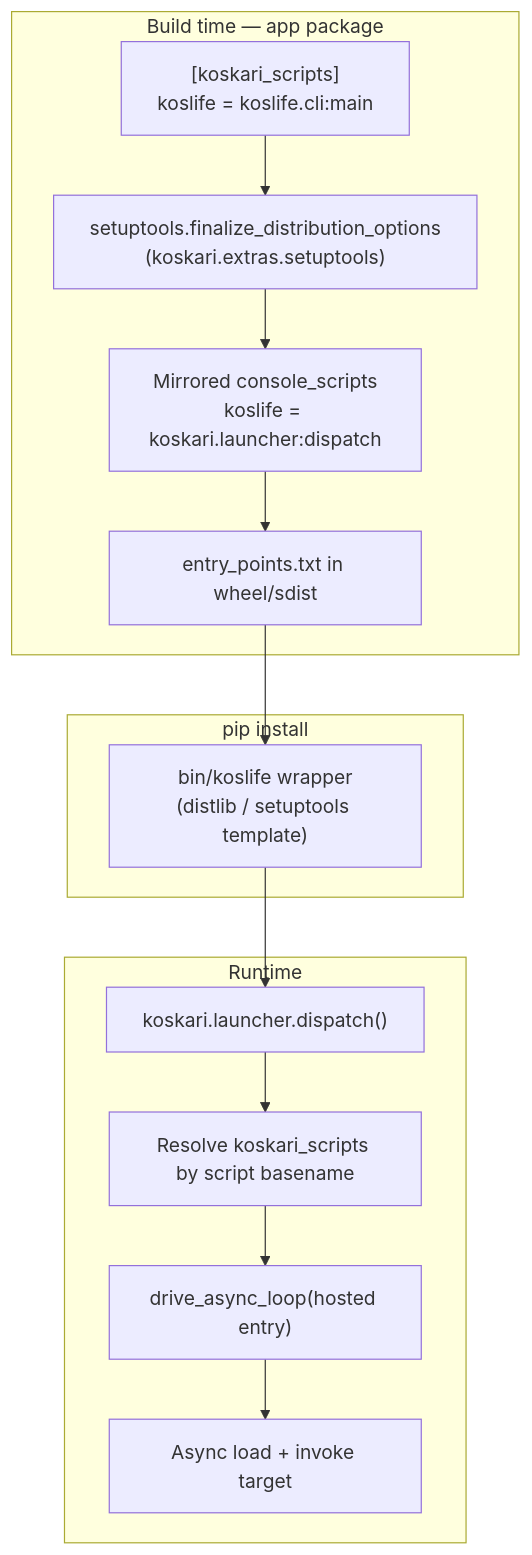
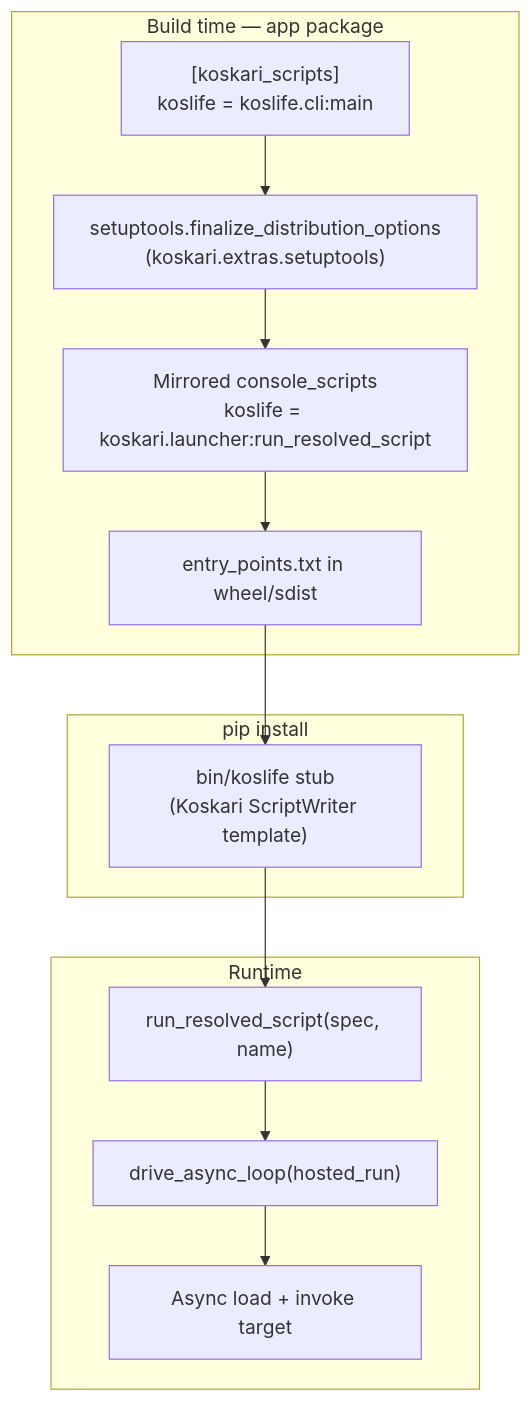
One commit to koskari-lang/koskari changed the diagram in design/api/koskari-scripts-packaging.md. Above: the diagram before and after it, drawn with Mermaid. The commit also changed other lines of this file and 15 other files, not shown here.

First line of the commit message:
Use dist-scoped stubs for koskari_scripts launcher

````diff
--- a/design/api/koskari-scripts-packaging.md
+++ b/design/api/koskari-scripts-packaging.md
@@ -110,21 +111,20 @@
 ```mermaid
 flowchart TB
     subgraph build [Build time — app package]
         A["[koskari_scripts]\nkoslife = koslife.cli:main"]
         B["setuptools.finalize_distribution_options\n(koskari.extras.setuptools)"]
-        C["Mirrored console_scripts\nkoslife = koskari.launcher:dispatch"]
+        C["Mirrored console_scripts\nkoslife = koskari.launcher:run_resolved_script"]
         D["entry_points.txt in wheel/sdist"]
         A --> B --> C --> D
     end
 
     subgraph install [pip install]
-        D --> E["bin/koslife wrapper\n(distlib / setuptools template)"]
+        D --> E["bin/koslife stub\n(Koskari ScriptWriter template)"]
     end
 
     subgraph runtime [Runtime]
-        E --> F["koskari.launcher.dispatch()"]
-        F --> G["Resolve koskari_scripts by script basename"]
-        G --> H["drive_async_loop(hosted entry)"]
-        H --> I["Async load + invoke target"]
+        E --> F["run_resolved_script(spec, name)"]
+        F --> G["drive_async_loop(hosted_run)"]
+        G --> H["Async load + invoke target"]
     end
 ```
````
